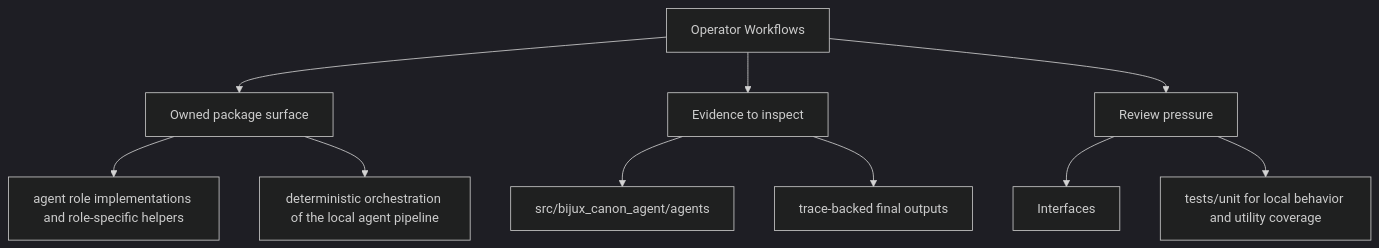
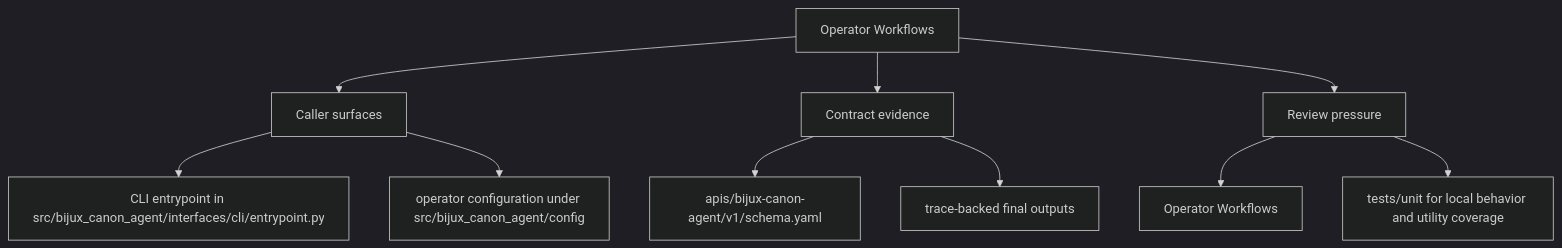
Before and after one commit to bijux/bijux-canon: the second of 2 diagrams in docs/bijux-canon-agent/interfaces/operator-workflows.md, drawn with Mermaid (dark theme). The commit also changed other lines of this file and 250 other files, not shown here.

Commit message:
docs(diagrams): make product page maps more readable

````diff
--- a/docs/bijux-canon-agent/interfaces/operator-workflows.md
+++ b/docs/bijux-canon-agent/interfaces/operator-workflows.md
@@ -34,22 +34,22 @@
 ```mermaid
 flowchart TD
     page["Operator Workflows"]
-    focus1["Owned package surface"]
+    focus1["Caller surfaces"]
     page --> focus1
-    focus1_1["agent role implementations and role-specific helpers"]
+    focus1_1["CLI entrypoint in src/bijux_canon_agent/interfaces/cli/entrypoint.py"]
     focus1 --> focus1_1
-    focus1_2["deterministic orchestration of the local agent pipeline"]
+    focus1_2["operator configuration under src/bijux_canon_agent/config"]
     focus1 --> focus1_2
-    focus2["Evidence to inspect"]
+    focus2["Contract evidence"]
     page --> focus2
-    focus2_1["src/bijux_canon_agent/agents"]
+    focus2_1["apis/bijux-canon-agent/v1/schema.yaml"]
     focus2 --> focus2_1
     focus2_2["trace-backed final outputs"]
     focus2 --> focus2_2
     focus3["Review pressure"]
     page --> focus3
-    focus3_1["Interfaces"]
+    focus3_1["Operator Workflows"]
     focus3 --> focus3_1
     focus3_2["tests/unit for local behavior and utility coverage"]
     focus3 --> focus3_2
 ```
````
